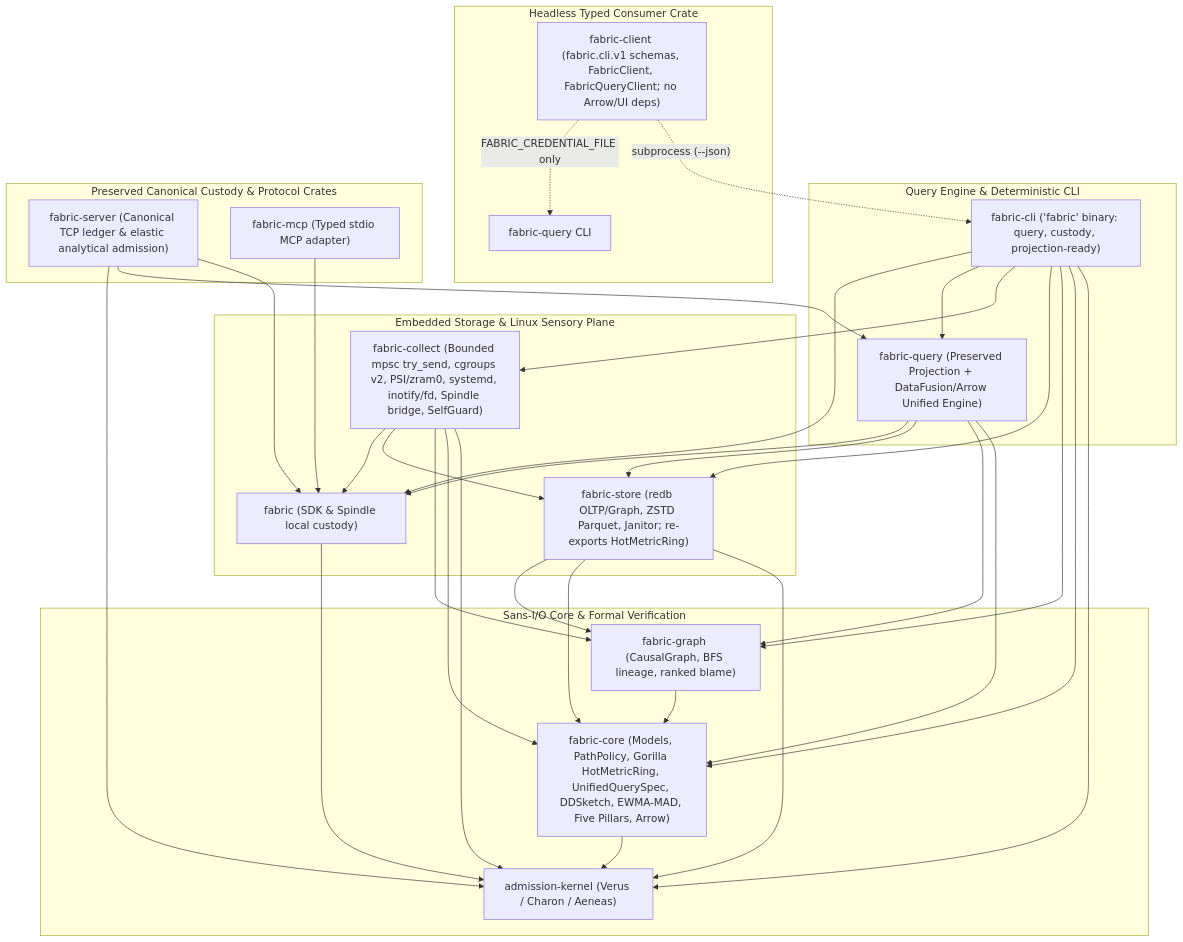
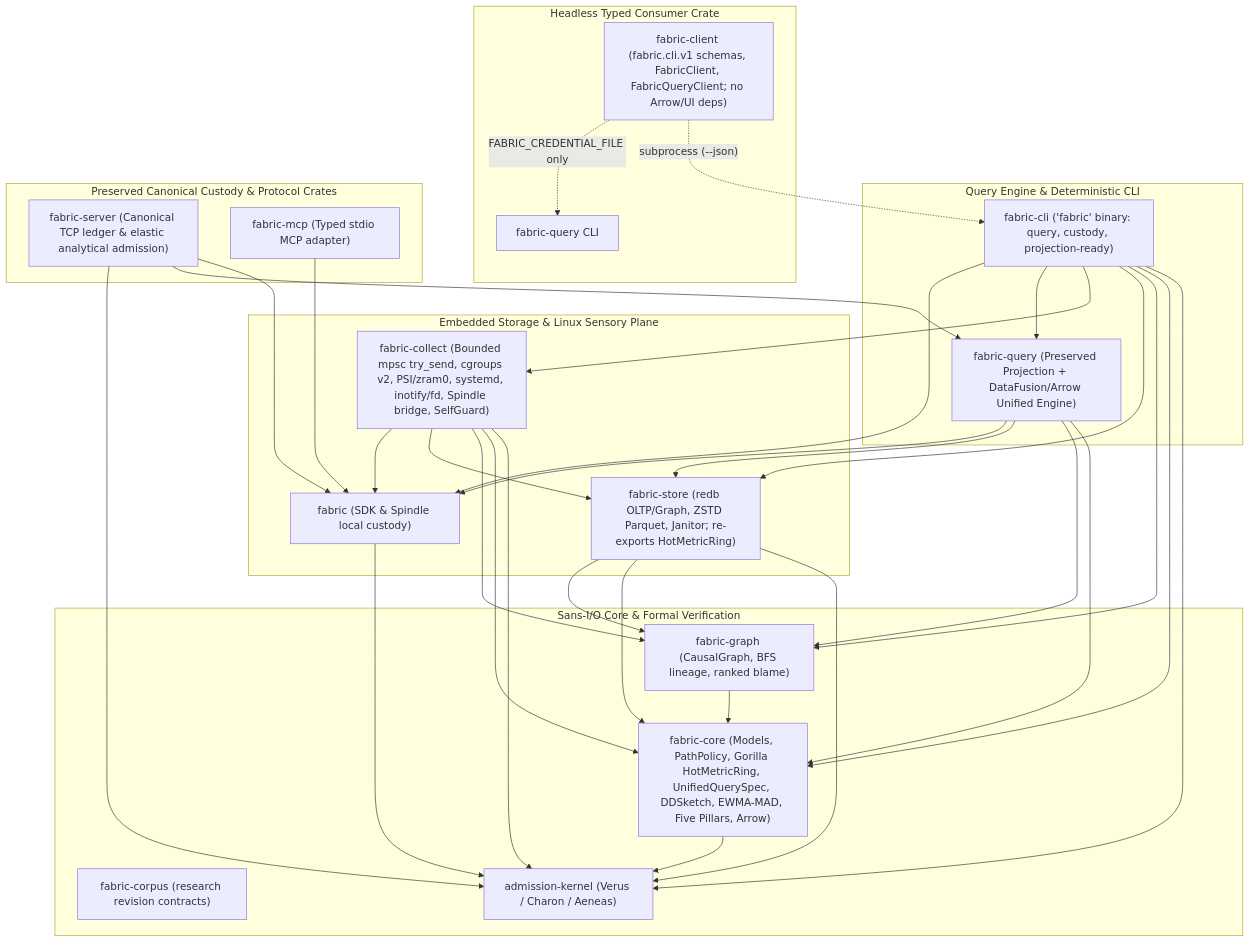
One commit to kmosoti/FabricO11y changed the first of 11 diagrams in docs/architecture.md. Above: the diagram before and after it, drawn with Mermaid. The commit also changed other lines of this file and 13 other files, not shown here.

Commit message:
feat(corpus): define immutable research revision contracts

````diff
--- a/docs/architecture.md
+++ b/docs/architecture.md
@@ -9,56 +9,57 @@
 ```mermaid
 flowchart TD
     subgraph SansIO["Sans-I/O Core & Formal Verification"]
+        CP["fabric-corpus (research revision contracts)"]
         AK["admission-kernel (Verus / Charon / Aeneas)"]
         FC["fabric-core (Models, PathPolicy, Gorilla HotMetricRing, UnifiedQuerySpec, DDSketch, EWMA-MAD, Five Pillars, Arrow)"]
         FG["fabric-graph (CausalGraph, BFS lineage, ranked blame)"]
         FC --> AK
         FG --> FC
     end
 
     subgraph StorageAndCollection["Embedded Storage & Linux Sensory Plane"]
         FS["fabric-store (redb OLTP/Graph, ZSTD Parquet, Janitor; re-exports HotMetricRing)"]
         COL["fabric-collect (Bounded mpsc try_send, cgroups v2, PSI/zram0, systemd, inotify/fd, Spindle bridge, SelfGuard)"]
         FS --> AK
         FS --> FC
         FS --> FG
         COL --> AK
         COL --> FC
         COL --> FG
         COL --> FS
         COL --> FAB
     end
 
     subgraph QueryAndCLI["Query Engine & Deterministic CLI"]
         FQ["fabric-query (Preserved Projection + DataFusion/Arrow Unified Engine)"]
         CLI["fabric-cli ('fabric' binary: query, custody, projection-ready)"]
         FQ --> FC
         FQ --> FG
         FQ --> FS
         FQ --> FAB
         CLI --> AK
         CLI --> FC
         CLI --> FG
         CLI --> FS
         CLI --> COL
         CLI --> FQ
         CLI --> FAB
     end
 
     subgraph HeadlessClient["Headless Typed Consumer Crate"]
         FCL["fabric-client (fabric.cli.v1 schemas, FabricClient, FabricQueryClient; no Arrow/UI deps)"]
         FCL -. "subprocess (--json)" .-> CLI
         FCL -. "FABRIC_CREDENTIAL_FILE only" .-> FQBIN["fabric-query CLI"]
     end
 
     subgraph PreservedCustody["Preserved Canonical Custody & Protocol Crates"]
         FAB["fabric (SDK & Spindle local custody)"]
         SRV["fabric-server (Canonical TCP ledger & elastic analytical admission)"]
         MCP["fabric-mcp (Typed stdio MCP adapter)"]
         FAB --> AK
         SRV --> FAB
         SRV --> FQ
         SRV --> AK
         MCP --> FAB
     end
 ```
````
